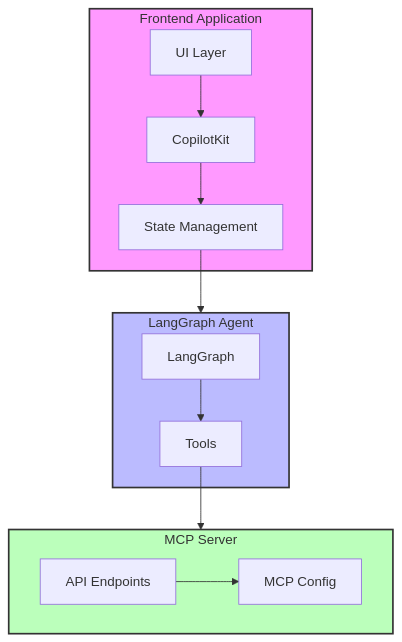
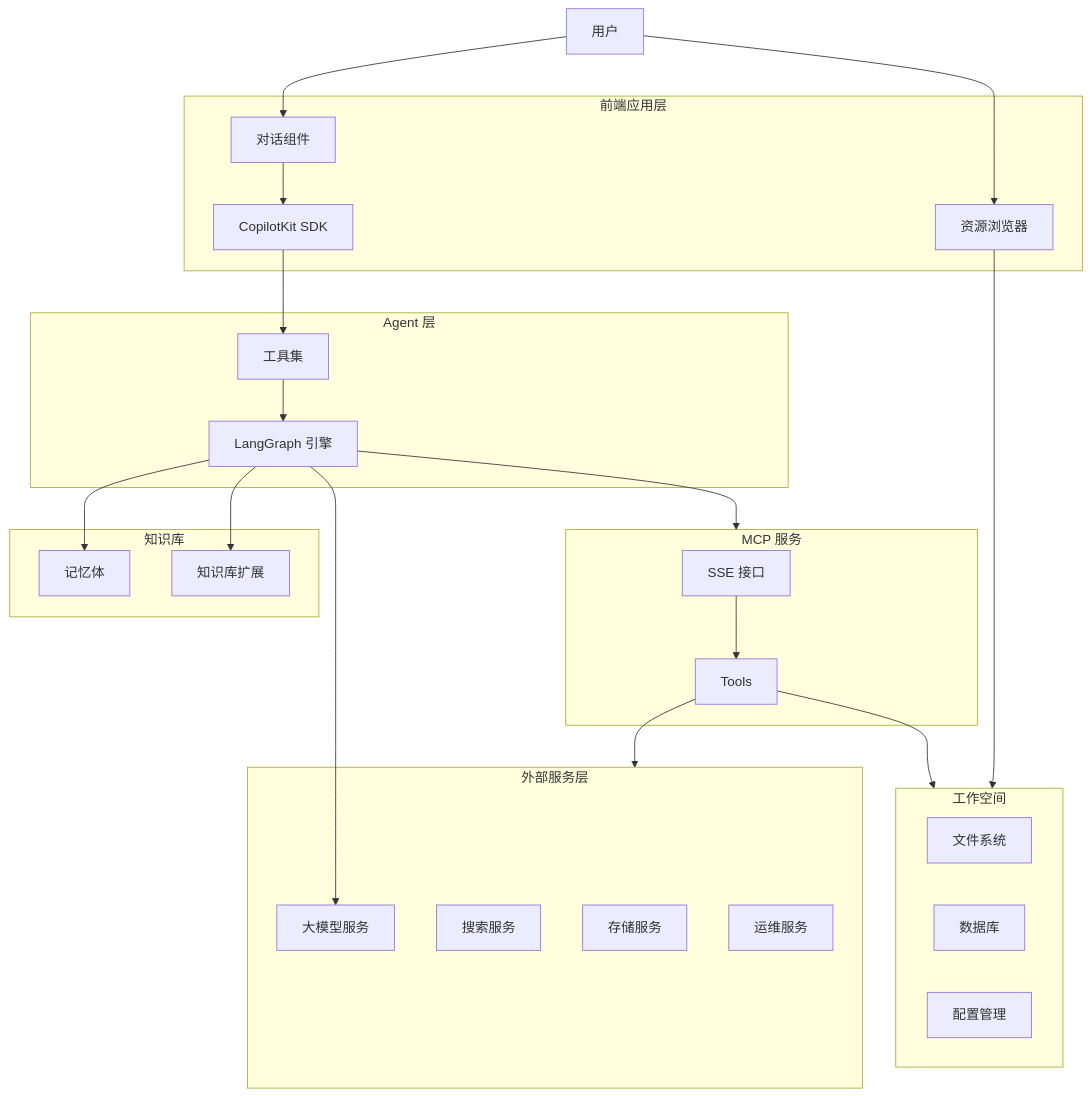
One commit to KonghaYao/Exalith changed the diagram in README.md. Above: the diagram before and after it, drawn with Mermaid. The commit also changed other lines of this file, not shown here.

Commit message:
docs(README): 更新项目结构和开发指南

````diff
--- a/README.md
+++ b/README.md
@@ -38,29 +38,41 @@
 ```mermaid
-graph TB
-    subgraph Frontend[Frontend Application]
-        UI[UI Layer]
-        State[State Management]
-        CopilotKit[CopilotKit]
+flowchart TB
+    subgraph Frontend["前端应用层"]
+        UI[对话组件]
+        SDK[CopilotKit SDK]
+        Tools[资源浏览器]
+    end
+    subgraph Agent["Agent 层"]
+        Engine[LangGraph 引擎]
+        Toolkit[工具集]
+    end
+    subgraph KnowledgeBase["知识库"]
+        Memory[记忆体]
+        ExtKnowledge[知识库扩展]
+    end
+    subgraph Server["MCP 服务"]
+        Endpoint[SSE 接口]
+        ToolMgr[Tools]
+    end
+    subgraph Workspace["工作空间"]
+        FS[文件系统]
+        DB[数据库]
+        Config[配置管理]
+    end
+    subgraph External["外部服务层"]
+        Storage[存储服务]
+        Search[搜索服务]
+        LLM[大模型服务]
+        Ops[运维服务]
     end
 
-    subgraph Agent[LangGraph Agent]
-        LG[LangGraph]
-        Tools[Tools]
-    end
+    Humnan["用户"] --> UI & Tools
+    Tools --> Workspace
+    Engine --> Memory & ExtKnowledge & LLM & Server
+    Endpoint --> ToolMgr
+    ToolMgr --> External & Workspace
+    UI --> SDK
+    Toolkit --> Engine
+    SDK --> Toolkit
 
-    subgraph Server[MCP Server]
-        API[API Endpoints]
-        Config[MCP Config]
-    end
-
-    UI --> CopilotKit
-    CopilotKit --> State
-    State --> Agent
-    LG --> Tools
-    Tools --> Server
-    API --> Config
-
-    style Frontend fill:#f9f,stroke:#333,stroke-width:2px
-    style Agent fill:#bbf,stroke:#333,stroke-width:2px
-    style Server fill:#bfb,stroke:#333,stroke-width:2px
 ```
````
